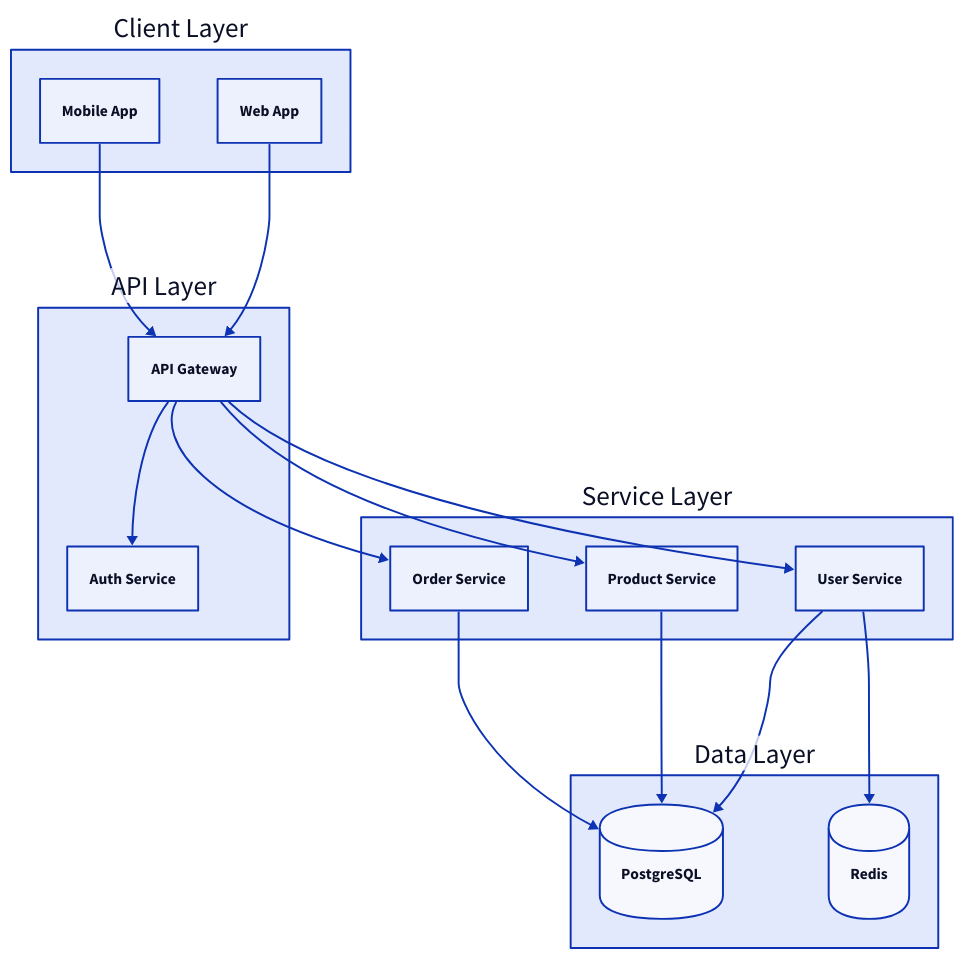
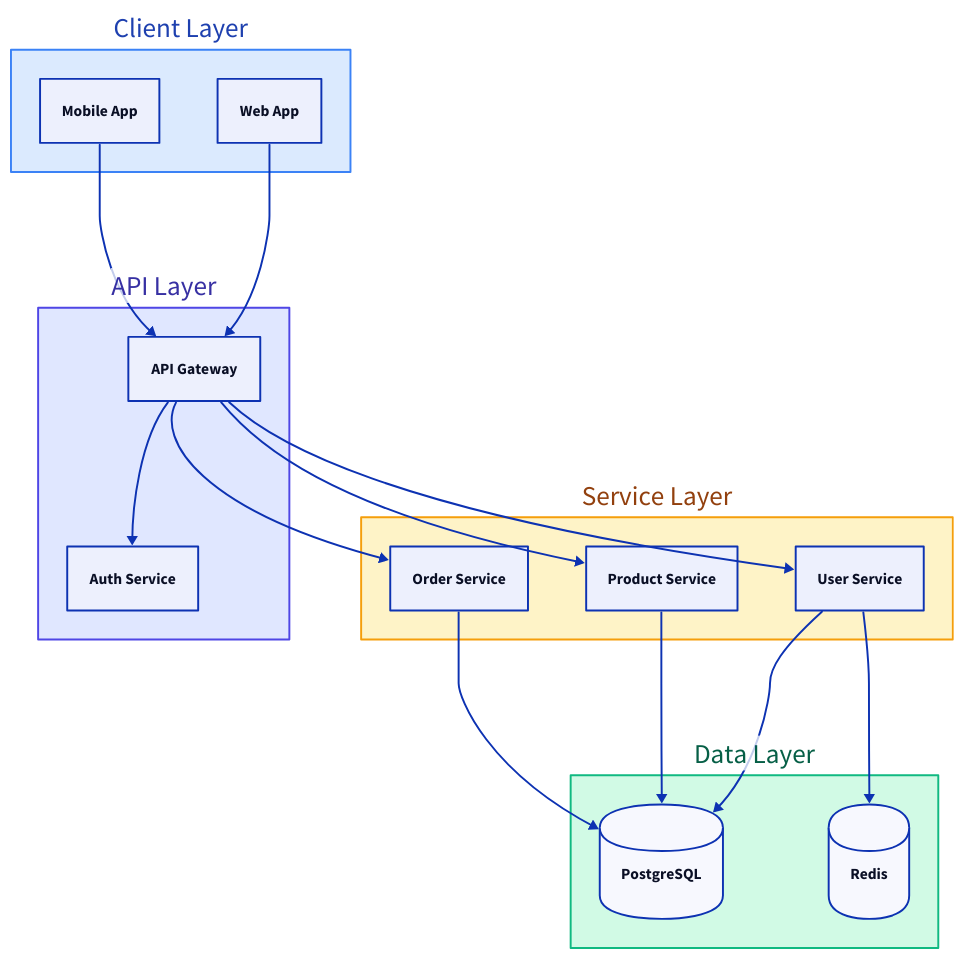
One commit to smileynet/ui-optimizer changed the sixth of 9 diagrams in docs/reference/diagram-comparison.md. Above: the diagram before and after it, drawn with D2. The commit also changed other lines of this file and 1 other file, not shown here.

````diff
--- a/docs/reference/diagram-comparison.md
+++ b/docs/reference/diagram-comparison.md
@@ -158,39 +235,74 @@
 ```d2
 direction: down
 
+classes: {
+  client-layer: {
+    style: {
+      fill: "#DBEAFE"
+      stroke: "#3B82F6"
+      font-color: "#1E40AF"
+    }
+  }
+  api-layer: {
+    style: {
+      fill: "#E0E7FF"
+      stroke: "#4F46E5"
+      font-color: "#3730A3"
+    }
+  }
+  service-layer: {
+    style: {
+      fill: "#FEF3C7"
+      stroke: "#F59E0B"
+      font-color: "#92400E"
+    }
+  }
+  data-layer: {
+    style: {
+      fill: "#D1FAE5"
+      stroke: "#10B981"
+      font-color: "#065F46"
+    }
+  }
+}
+
 client: Client Layer {
+  class: client-layer
   web: Web App
   mobile: Mobile App
 }
 
 api: API Layer {
+  class: api-layer
   gateway: API Gateway
   auth: Auth Service
 }
 
 services: Service Layer {
+  class: service-layer
   users: User Service
   products: Product Service
   orders: Order Service
 }
 
 data: Data Layer {
+  class: data-layer
   db: PostgreSQL {
     shape: cylinder
   }
   cache: Redis {
     shape: cylinder
   }
 }
 
 client.web -> api.gateway
 client.mobile -> api.gateway
 api.gateway -> api.auth
 api.gateway -> services.users
 api.gateway -> services.products
 api.gateway -> services.orders
 services.users -> data.db
 services.products -> data.db
 services.orders -> data.db
 services.users -> data.cache
 ```
````
